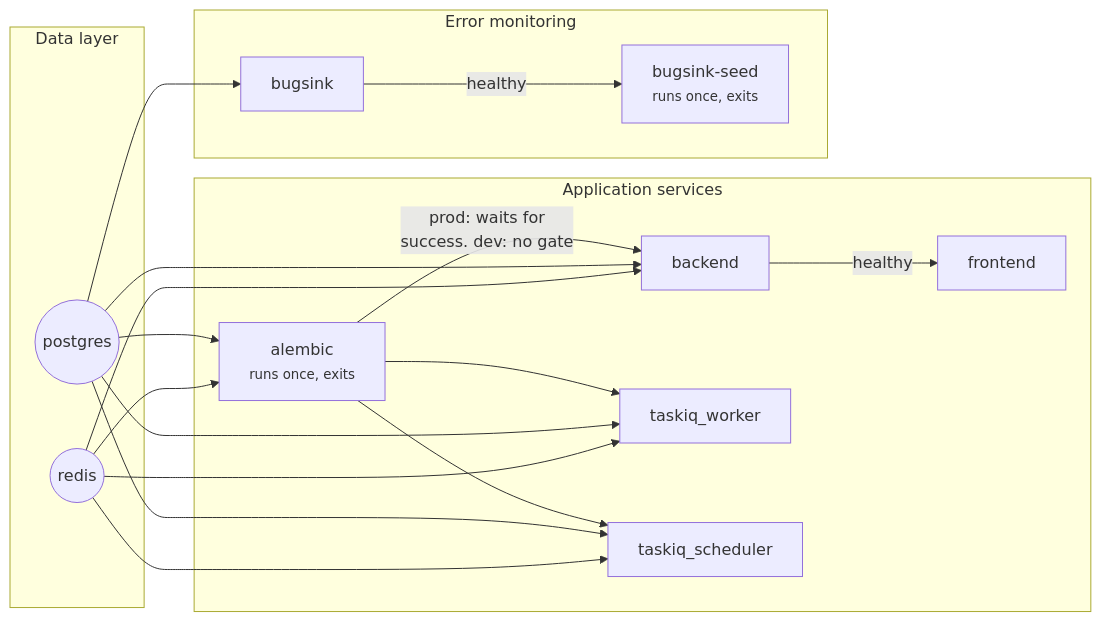
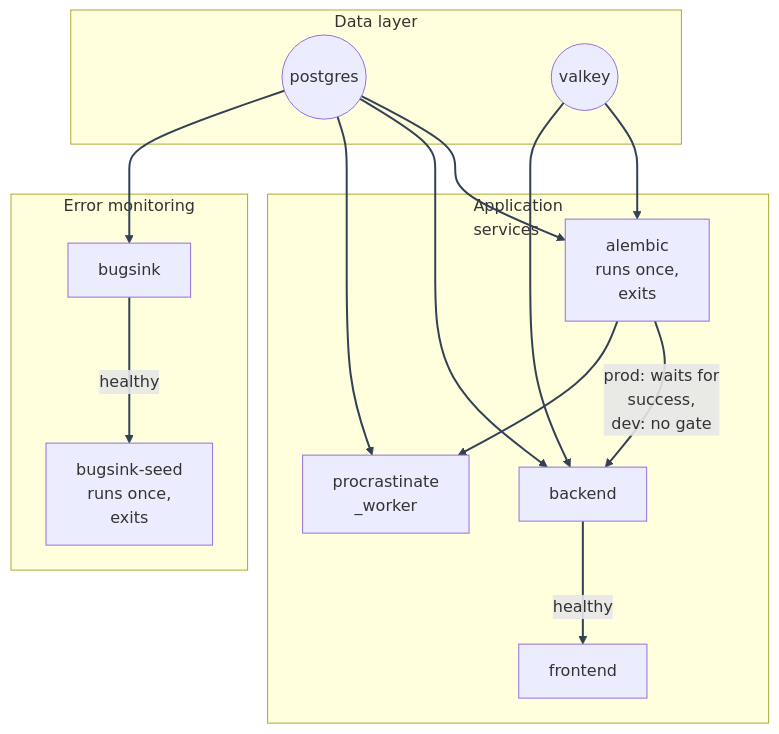
The diagram in docs/mystic_auth/docker/overview.md (Nachiket-2024/balance_sheet_analysis), drawn with Mermaid before and after one commit. The commit also changed other lines of this file and 1793 other files, not shown here.

````diff
--- a/docs/mystic_auth/docker/overview.md
+++ b/docs/mystic_auth/docker/overview.md
@@ -28,35 +52,29 @@
 ```mermaid
-flowchart LR
+%%{init: {"themeVariables": {"lineColor": "#334155"}} }%%
+flowchart TD
     subgraph Data["Data layer"]
         postgres(("postgres"))
-        redis(("redis"))
+        valkey(("valkey"))
     end
-
-    subgraph App["Application services"]
-        alembic["alembic<br/><small>runs once, exits</small>"]
+    subgraph App["Application\n services"]
+        alembic["alembic\n runs once,\n exits"]
         backend["backend"]
-        taskiq["taskiq_worker"]
-        scheduler["taskiq_scheduler"]
+        worker["procrastinate\n _worker"]
         frontend["frontend"]
     end
-
     subgraph Monitoring["Error monitoring"]
         bugsink["bugsink"]
-        bugsinkseed["bugsink-seed<br/><small>runs once, exits</small>"]
+        bugsinkseed["bugsink-seed\n runs once,\n exits"]
     end
-
     postgres --> alembic
-    redis --> alembic
-    alembic -->|"prod: waits for<br/>success. dev: no gate"| backend
-    alembic --> taskiq
-    alembic --> scheduler
+    valkey --> alembic
+    alembic -->|"prod: waits for\n success,\n dev: no gate"| backend
+    alembic --> worker
     postgres --> backend
-    redis --> backend
-    postgres --> taskiq
-    redis --> taskiq
-    postgres --> scheduler
-    redis --> scheduler
+    valkey --> backend
+    postgres --> worker
     backend -->|healthy| frontend
     postgres --> bugsink
     bugsink -->|healthy| bugsinkseed
+    linkStyle default stroke:#334155,stroke-width:2px
 ```
````
